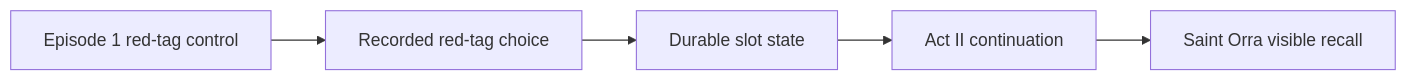
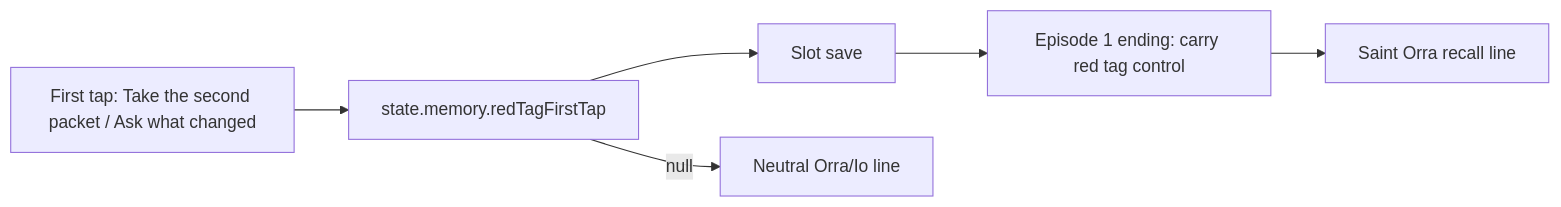
Before and after one commit to phynars/oodim-game: the first of 2 diagrams in docs/design/2724-red-tag-saint-orra.md, drawn with Mermaid. The commit also changed other lines of this file and 1 other file, not shown here.

First line of the commit message:
fix: a player can carry the red tag from the Episode 1 ending to Saint (#2724)

````diff
--- a/docs/design/2724-red-tag-saint-orra.md
+++ b/docs/design/2724-red-tag-saint-orra.md
@@ -9,7 +9,8 @@
 ```mermaid
 flowchart LR
-  Choice[Episode 1 red-tag control] --> Memory[Recorded red-tag choice]
-  Memory --> Save[Durable slot state]
-  Save --> Continuation[Act II continuation]
-  Continuation --> Orra[Saint Orra visible recall]
+  Tap[First tap: Take the second packet / Ask what changed] --> Memory[state.memory.redTagFirstTap]
+  Memory --> Save[Slot save]
+  Save --> Carry[Episode 1 ending: carry red tag control]
+  Carry --> Orra[Saint Orra recall line]
+  Memory -->|null| Neutral[Neutral Orra/Io line]
 ```
````
